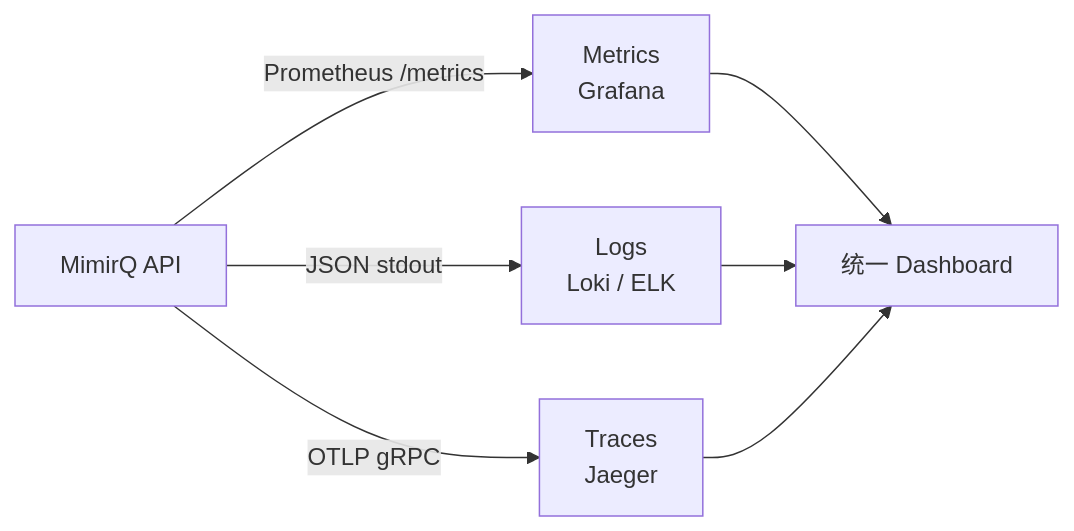
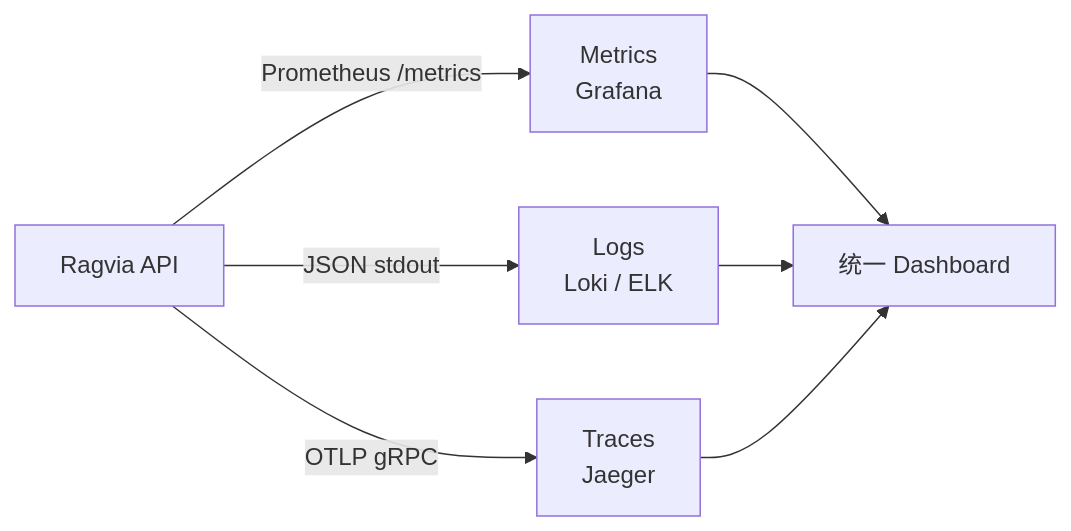
One commit to skygazer42/MimirQ changed the diagram in docs-site/docs/ops/observability.md. Above: the diagram before and after it, drawn with Mermaid. The commit also changed other lines of this file and 128 other files, not shown here.

````diff
--- a/docs-site/docs/ops/observability.md
+++ b/docs-site/docs/ops/observability.md
@@ -12,9 +12,9 @@
 ```mermaid
 graph LR
-    APP[MimirQ API] -->|Prometheus /metrics| M[Metrics<br/>Grafana]
+    APP[Ragvia API] -->|Prometheus /metrics| M[Metrics<br/>Grafana]
     APP -->|JSON stdout| L[Logs<br/>Loki / ELK]
     APP -->|OTLP gRPC| T[Traces<br/>Jaeger]
     M --> DASH[统一 Dashboard]
     L --> DASH
     T --> DASH
 ```
````
